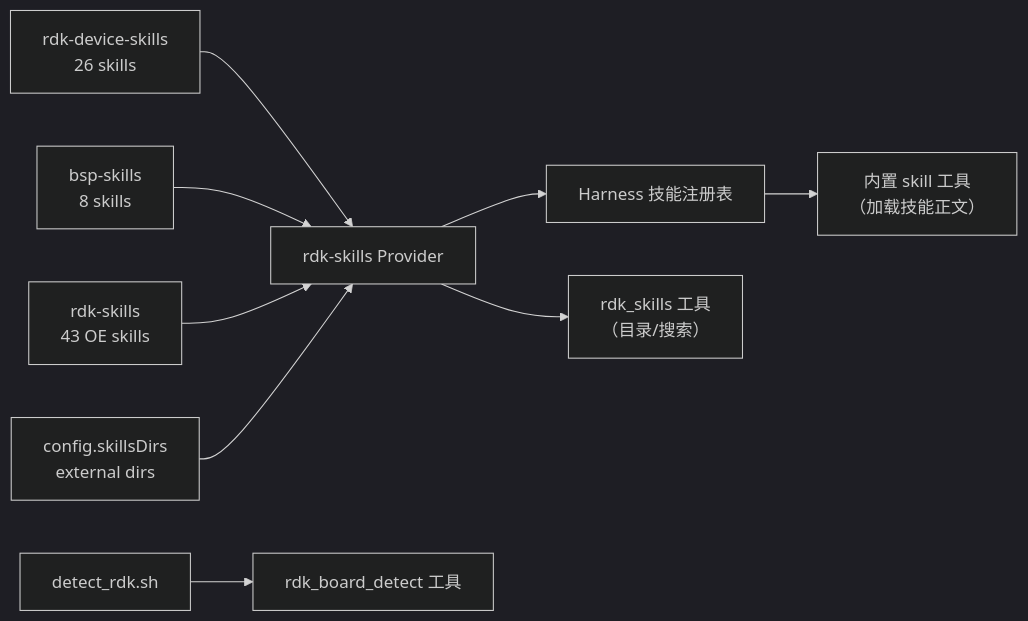
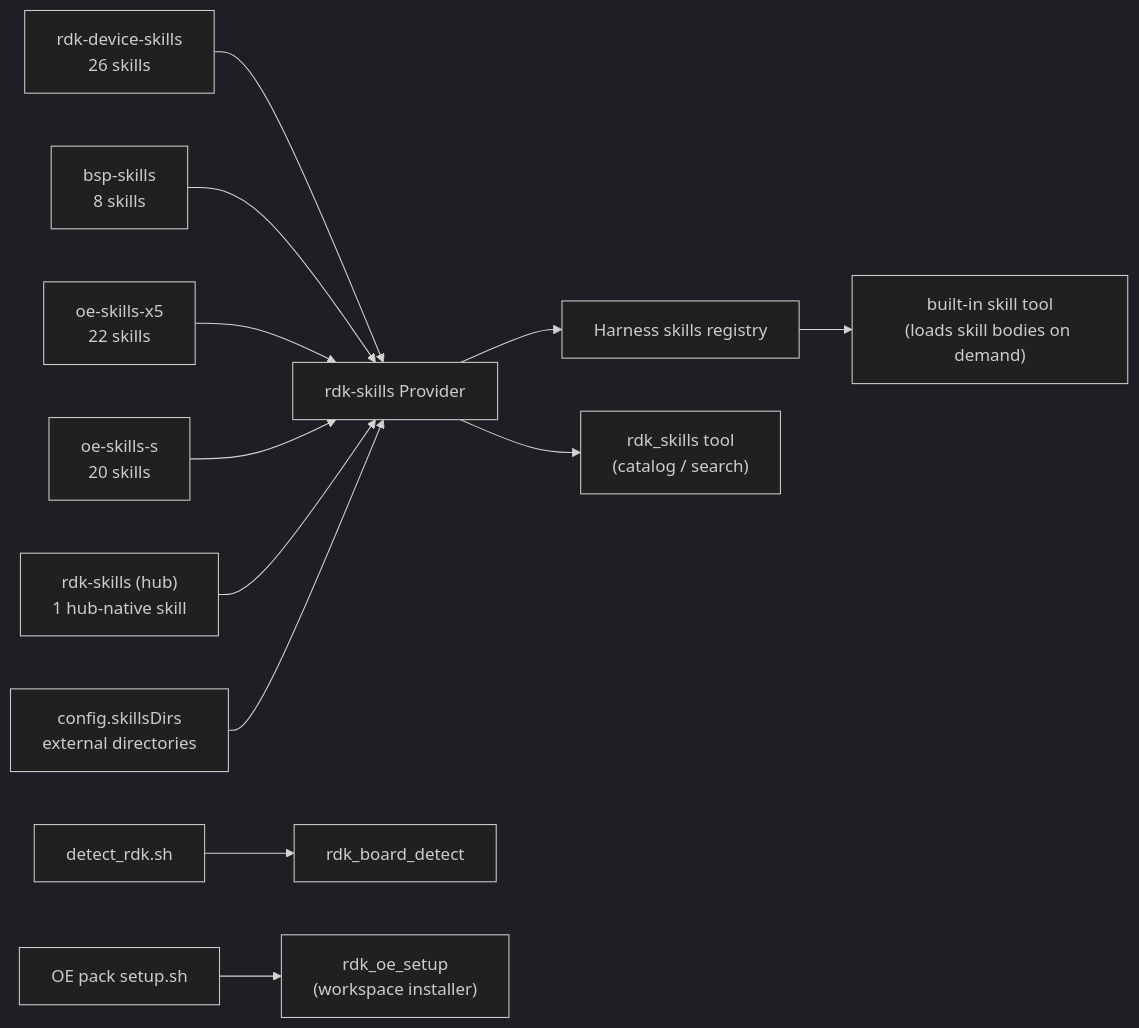
One commit to D-Robotics/dsh-plugin-rdk changed the diagram in README.md. Above: the diagram before and after it, drawn with Mermaid (dark theme). The commit also changed other lines of this file and 3 other files, not shown here.

````diff
--- a/README.md
+++ b/README.md
@@ -77,11 +62,14 @@
 ```mermaid
 flowchart LR
     A["rdk-device-skills<br/>26 skills"] --> P["rdk-skills Provider"]
     B["bsp-skills<br/>8 skills"] --> P
-    C["rdk-skills<br/>43 OE skills"] --> P
-    D["config.skillsDirs<br/>external dirs"] --> P
-    P --> R["Harness 技能注册表"]
-    R --> S["内置 skill 工具<br/>（加载技能正文）"]
-    P --> T["rdk_skills 工具<br/>（目录/搜索）"]
-    E["detect_rdk.sh"] --> F["rdk_board_detect 工具"]
+    C["oe-skills-x5<br/>22 skills"] --> P
+    D["oe-skills-s<br/>20 skills"] --> P
+    E["rdk-skills (hub)<br/>1 hub-native skill"] --> P
+    F["config.skillsDirs<br/>external directories"] --> P
+    P --> R["Harness skills registry"]
+    R --> S["built-in skill tool<br/>(loads skill bodies on demand)"]
+    P --> T["rdk_skills tool<br/>(catalog / search)"]
+    G["detect_rdk.sh"] --> U["rdk_board_detect"]
+    H["OE pack setup.sh"] --> V["rdk_oe_setup<br/>(workspace installer)"]
 ```
````
